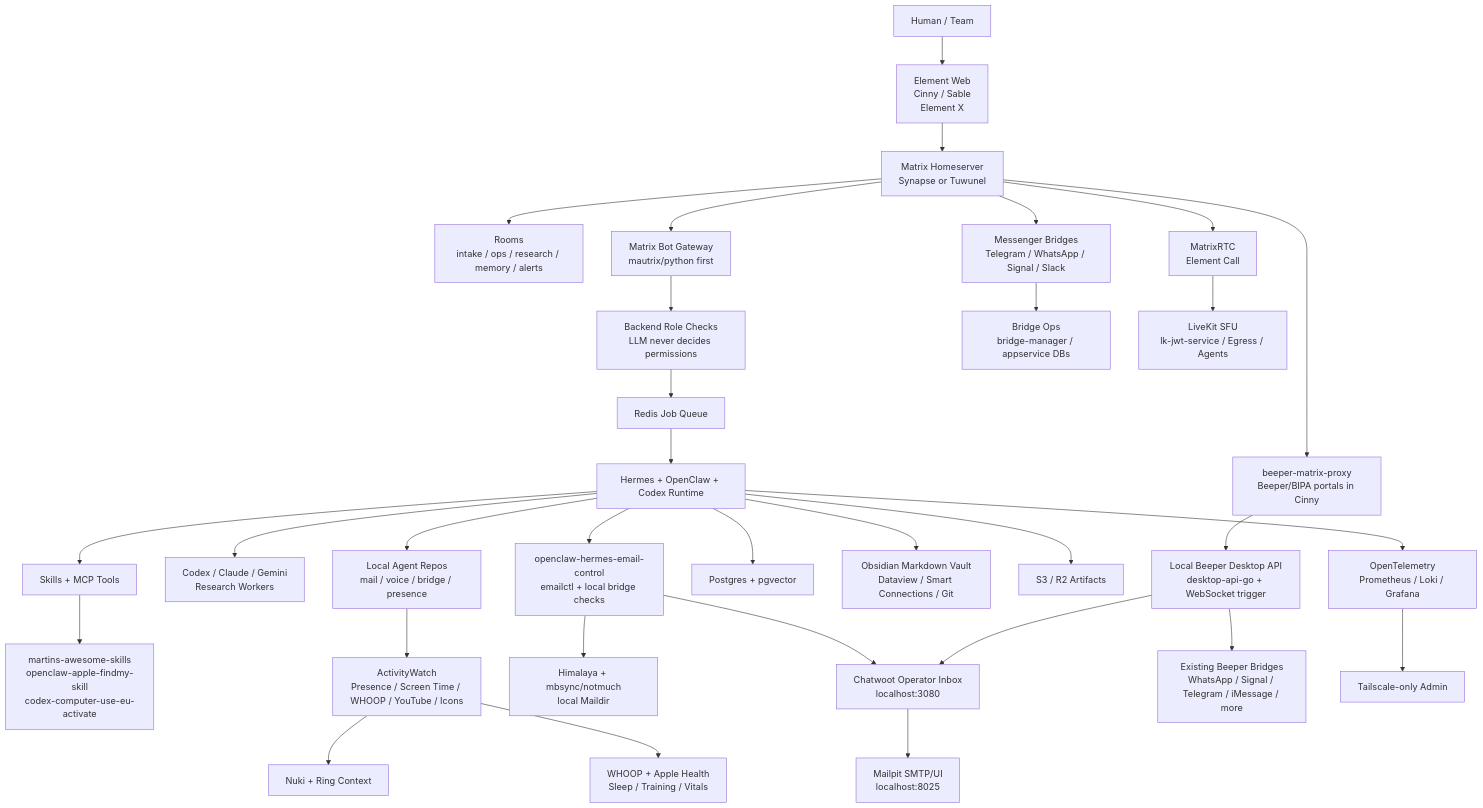
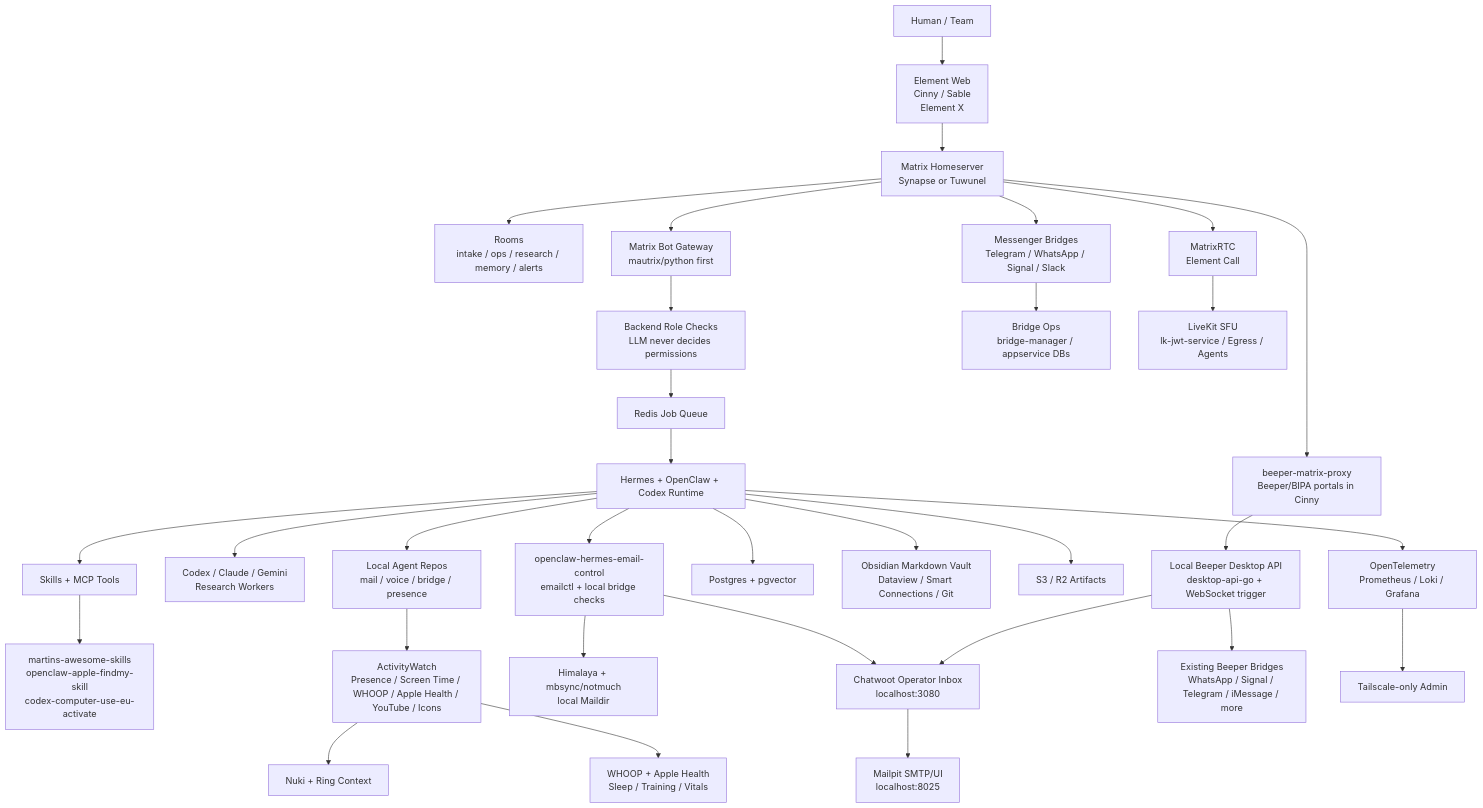
One commit to Martin-Hausleitner/credo changed the first of 2 diagrams in README.md. Above: the diagram before and after it, drawn with Mermaid.

Commit message:
Mention Apple Health in README diagram

````diff
--- a/README.md
+++ b/README.md
@@ -163,41 +163,41 @@
 ```mermaid
 flowchart TB
   User["Human / Team"] --> Clients["Element Web<br/>Cinny / Sable<br/>Element X"]
   Clients --> Matrix["Matrix Homeserver<br/>Synapse or Tuwunel"]
 
   Matrix --> Rooms["Rooms<br/>intake / ops / research / memory / alerts"]
   Matrix --> Gateway["Matrix Bot Gateway<br/>mautrix/python first"]
   Matrix --> Bridges["Messenger Bridges<br/>Telegram / WhatsApp / Signal / Slack"]
   Matrix --> BeeperProxy["beeper-matrix-proxy<br/>Beeper/BIPA portals in Cinny"]
   Matrix --> RTC["MatrixRTC<br/>Element Call"]
 
   Gateway --> Authz["Backend Role Checks<br/>LLM never decides permissions"]
   Authz --> Queue["Redis Job Queue"]
   Queue --> Runtime["Hermes + OpenClaw + Codex Runtime"]
 
   Runtime --> Skills["Skills + MCP Tools"]
   Skills --> SkillRepos["martins-awesome-skills<br/>openclaw-apple-findmy-skill<br/>codex-computer-use-eu-activate"]
   Runtime --> Workers["Codex / Claude / Gemini<br/>Research Workers"]
   Runtime --> LocalRepos["Local Agent Repos<br/>mail / voice / bridge / presence"]
   Runtime --> InboxControl["openclaw-hermes-email-control<br/>emailctl + local bridge checks"]
   Runtime --> Memory["Postgres + pgvector"]
   Runtime --> Vault["Obsidian Markdown Vault<br/>Dataview / Smart Connections / Git"]
   Runtime --> Artifacts["S3 / R2 Artifacts"]
 
   InboxControl --> Chatwoot["Chatwoot Operator Inbox<br/>localhost:3080"]
   InboxControl --> MailTools["Himalaya + mbsync/notmuch<br/>local Maildir"]
   Chatwoot --> Mailpit["Mailpit SMTP/UI<br/>localhost:8025"]
 
-  LocalRepos --> AW["ActivityWatch<br/>Presence / Screen Time / WHOOP / YouTube / Icons"]
+  LocalRepos --> AW["ActivityWatch<br/>Presence / Screen Time / WHOOP / Apple Health / YouTube / Icons"]
   AW --> Door["Nuki + Ring Context"]
   AW --> Health["WHOOP + Apple Health<br/>Sleep / Training / Vitals"]
 
   Bridges --> BridgeOps["Bridge Ops<br/>bridge-manager / appservice DBs"]
   BeeperProxy --> BeeperAPI["Local Beeper Desktop API<br/>desktop-api-go + WebSocket trigger"]
   BeeperAPI --> Chatwoot
   BeeperAPI --> BeeperCloud["Existing Beeper Bridges<br/>WhatsApp / Signal / Telegram / iMessage / more"]
   RTC --> LiveKit["LiveKit SFU<br/>lk-jwt-service / Egress / Agents"]
 
   Runtime --> Observability["OpenTelemetry<br/>Prometheus / Loki / Grafana"]
   Observability --> Tailscale["Tailscale-only Admin"]
 ```
````
